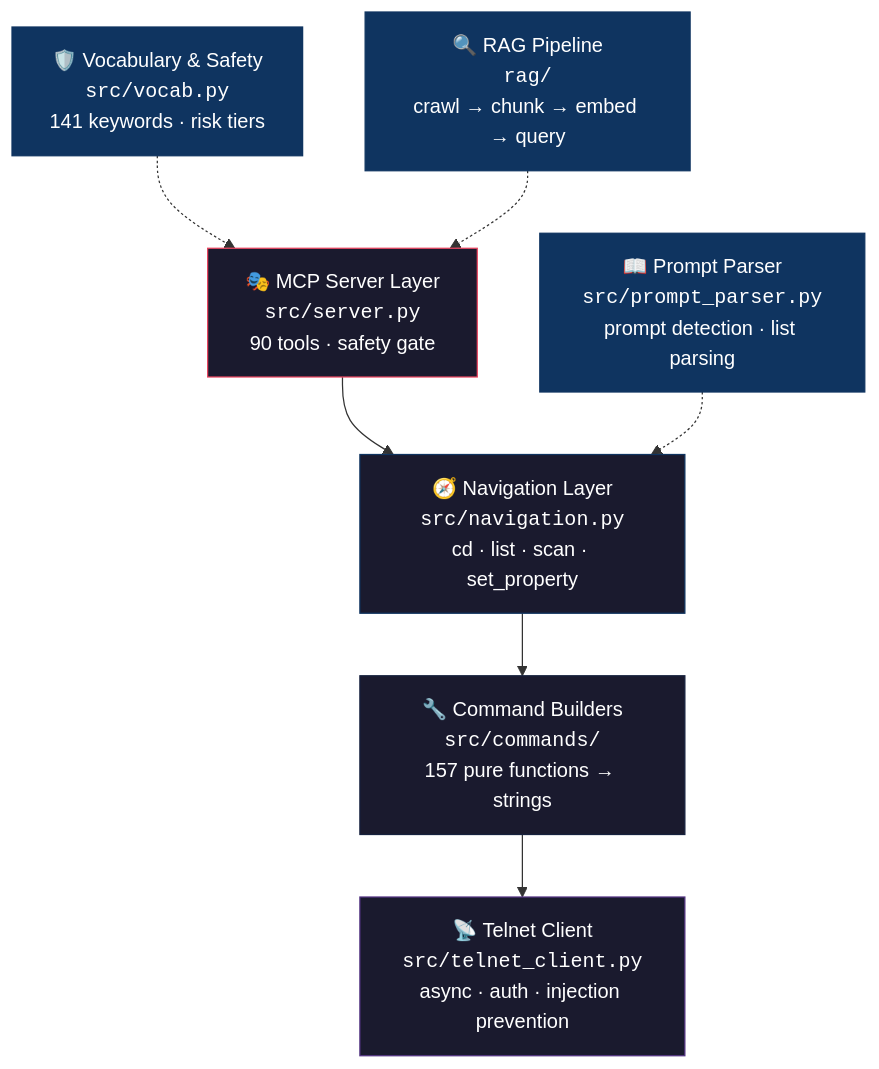
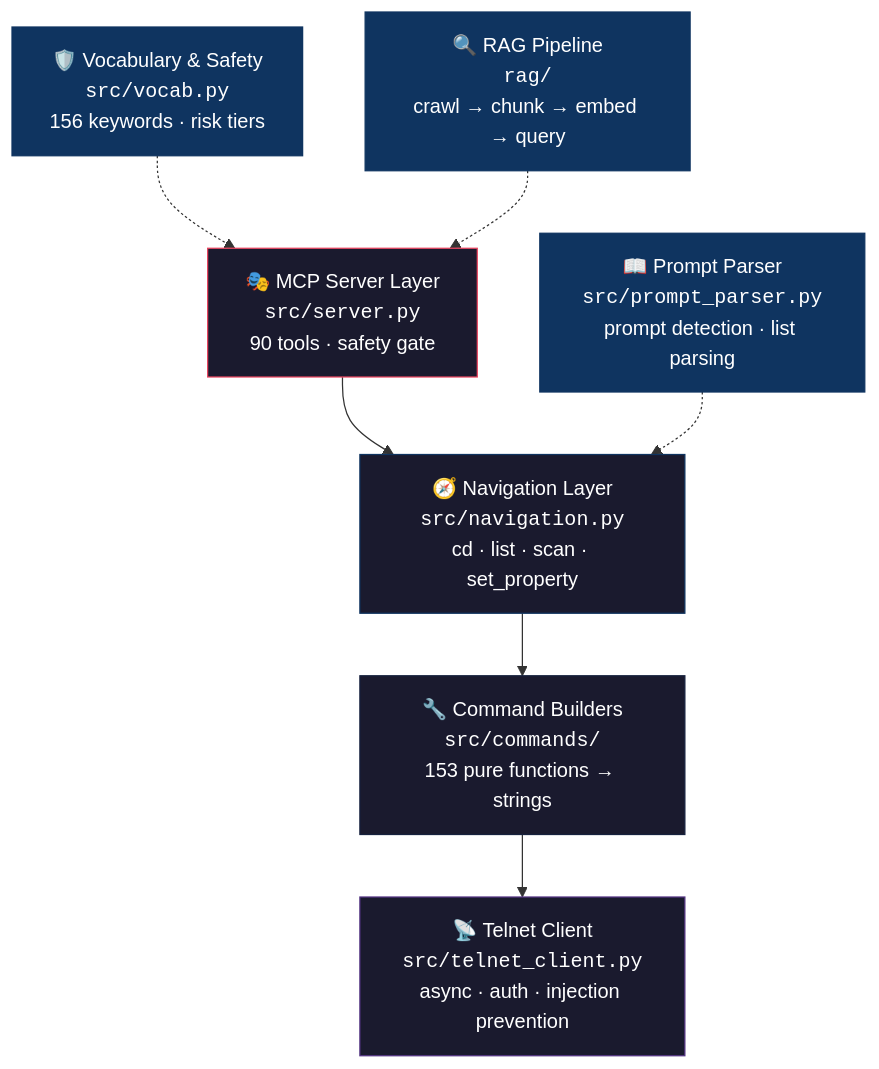
Before and after one commit to thisis-romar/gma2-mcp-telnet: the first of 3 diagrams in README.md, drawn with Mermaid. The commit also changed other lines of this file and 5 other files, not shown here.

````diff
--- a/README.md
+++ b/README.md
@@ -55,19 +55,19 @@
 ```mermaid
 graph TD
     A["🎭 MCP Server Layer<br/><code>src/server.py</code><br/>90 tools · safety gate"] --> B
     B["🧭 Navigation Layer<br/><code>src/navigation.py</code><br/>cd · list · scan · set_property"] --> C
-    C["🔧 Command Builders<br/><code>src/commands/</code><br/>157 pure functions → strings"] --> D
+    C["🔧 Command Builders<br/><code>src/commands/</code><br/>153 pure functions → strings"] --> D
     D["📡 Telnet Client<br/><code>src/telnet_client.py</code><br/>async · auth · injection prevention"]
 
     E["📖 Prompt Parser<br/><code>src/prompt_parser.py</code><br/>prompt detection · list parsing"] -.-> B
-    F["🛡️ Vocabulary & Safety<br/><code>src/vocab.py</code><br/>141 keywords · risk tiers"] -.-> A
+    F["🛡️ Vocabulary & Safety<br/><code>src/vocab.py</code><br/>156 keywords · risk tiers"] -.-> A
     G["🔍 RAG Pipeline<br/><code>rag/</code><br/>crawl → chunk → embed → query"] -.-> A
 
     style A fill:#1a1a2e,stroke:#e94560,color:#fff
     style B fill:#1a1a2e,stroke:#0f3460,color:#fff
     style C fill:#1a1a2e,stroke:#16213e,color:#fff
     style D fill:#1a1a2e,stroke:#533483,color:#fff
     style E fill:#0f3460,stroke:#0f3460,color:#fff
     style F fill:#0f3460,stroke:#0f3460,color:#fff
     style G fill:#0f3460,stroke:#0f3460,color:#fff
 ```
````
